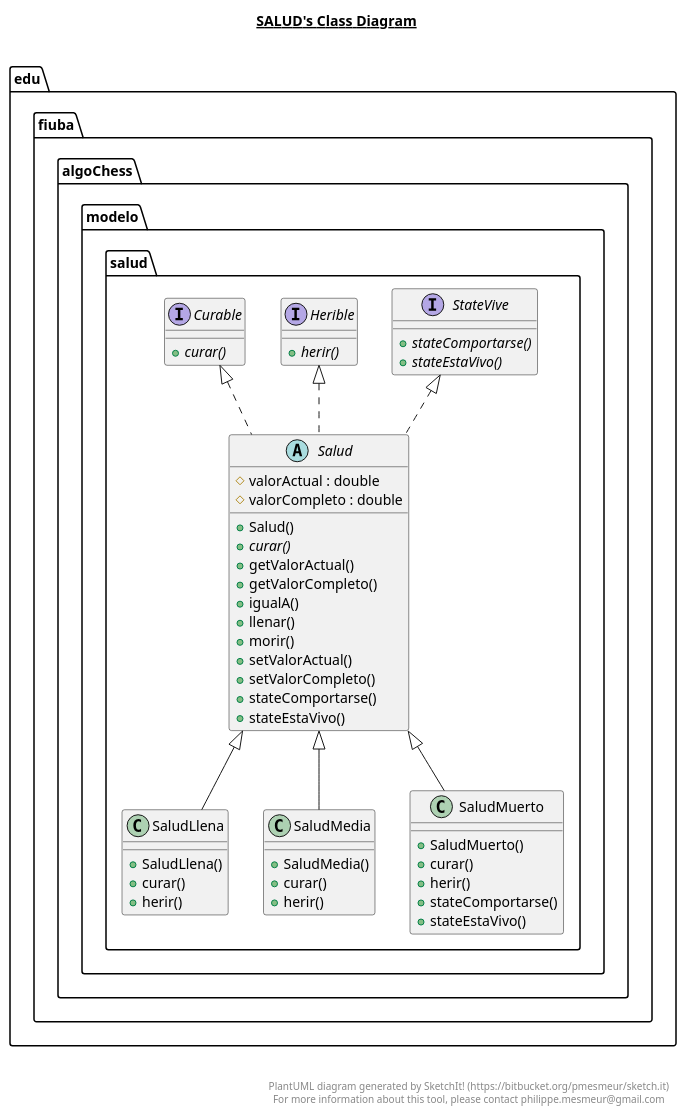
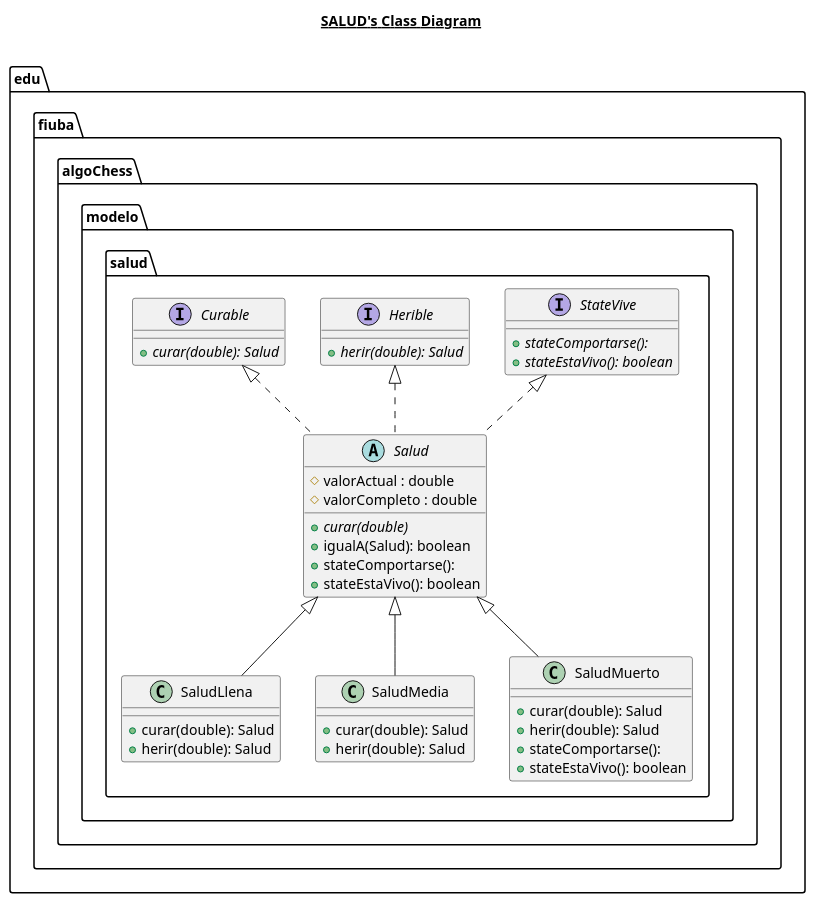
The diagram in AlgoChess/src/main/java/edu/fiuba/algoChess/modelo/salud/salud.plantuml (0xSkla3/algo3_TP2), drawn with PlantUML before and after one commit. The commit also changed 2 other files, not shown here.

Commit message:
plantuml terminados(?

```diff
--- a/AlgoChess/src/main/java/edu/fiuba/algoChess/modelo/salud/salud.plantuml
+++ b/AlgoChess/src/main/java/edu/fiuba/algoChess/modelo/salud/salud.plantuml
@@ -1,104 +1,52 @@
 @startuml
 
 title __SALUD's Class Diagram__\n
 
-  namespace edu.fiuba.algoChess {
-    namespace modelo.salud {
       interface edu.fiuba.algoChess.modelo.salud.Curable {
-          {abstract} + curar()
+          {abstract} + curar(double): Salud
       }
-    }
-  }
-  
 
-  namespace edu.fiuba.algoChess {
-    namespace modelo.salud {
       interface edu.fiuba.algoChess.modelo.salud.Herible {
-          {abstract} + herir()
+          {abstract} + herir(double): Salud
       }
-    }
-  }
-  
 
-  namespace edu.fiuba.algoChess {
-    namespace modelo.salud {
       abstract class edu.fiuba.algoChess.modelo.salud.Salud {
           # valorActual : double
           # valorCompleto : double
-          + Salud()
-          {abstract} + curar()
-          + getValorActual()
-          + getValorCompleto()
-          + igualA()
-          + llenar()
-          + morir()
-          + setValorActual()
-          + setValorCompleto()
-          + stateComportarse()
-          + stateEstaVivo()
+          {abstract} + curar(double)
+          + igualA(Salud): boolean
+          + stateComportarse():
+          + stateEstaVivo(): boolean
       }
-    }
-  }
-  
 
-  namespace edu.fiuba.algoChess {
-    namespace modelo.salud {
       class edu.fiuba.algoChess.modelo.salud.SaludLlena {
-          + SaludLlena()
-          + curar()
-          + herir()
+          + curar(double): Salud
+          + herir(double): Salud
       }
-    }
-  }
-  
 
-  namespace edu.fiuba.algoChess {
-    namespace modelo.salud {
       class edu.fiuba.algoChess.modelo.salud.SaludMedia {
-          + SaludMedia()
-          + curar()
-          + herir()
+          + curar(double): Salud
+          + herir(double): Salud
       }
-    }
-  }
-  
 
-  namespace edu.fiuba.algoChess {
-    namespace modelo.salud {
       class edu.fiuba.algoChess.modelo.salud.SaludMuerto {
-          + SaludMuerto()
-          + curar()
-          + herir()
-          + stateComportarse()
-          + stateEstaVivo()
+          + curar(double): Salud
+          + herir(double): Salud
+          + stateComportarse():
+          + stateEstaVivo(): boolean
       }
-    }
-  }
-  
 
-  namespace edu.fiuba.algoChess {
-    namespace modelo.salud {
       interface edu.fiuba.algoChess.modelo.salud.StateVive {
-          {abstract} + stateComportarse()
-          {abstract} + stateEstaVivo()
+          {abstract} + stateComportarse():
+          {abstract} + stateEstaVivo(): boolean
       }
-    }
-  }
-  
 
   edu.fiuba.algoChess.modelo.salud.Salud .up.|> edu.fiuba.algoChess.modelo.salud.Curable
   edu.fiuba.algoChess.modelo.salud.Salud .up.|> edu.fiuba.algoChess.modelo.salud.Herible
   edu.fiuba.algoChess.modelo.salud.Salud .up.|> edu.fiuba.algoChess.modelo.salud.StateVive
   edu.fiuba.algoChess.modelo.salud.SaludLlena -up-|> edu.fiuba.algoChess.modelo.salud.Salud
   edu.fiuba.algoChess.modelo.salud.SaludMedia -up-|> edu.fiuba.algoChess.modelo.salud.Salud
   edu.fiuba.algoChess.modelo.salud.SaludMuerto -up-|> edu.fiuba.algoChess.modelo.salud.Salud
 
 
-right footer
-
-
-PlantUML diagram generated by SketchIt! (https://bitbucket.org/pmesmeur/sketch.it)
-For more information about this tool, please contact philippe.mesmeur@gmail.com
-endfooter
-
 @enduml
```
